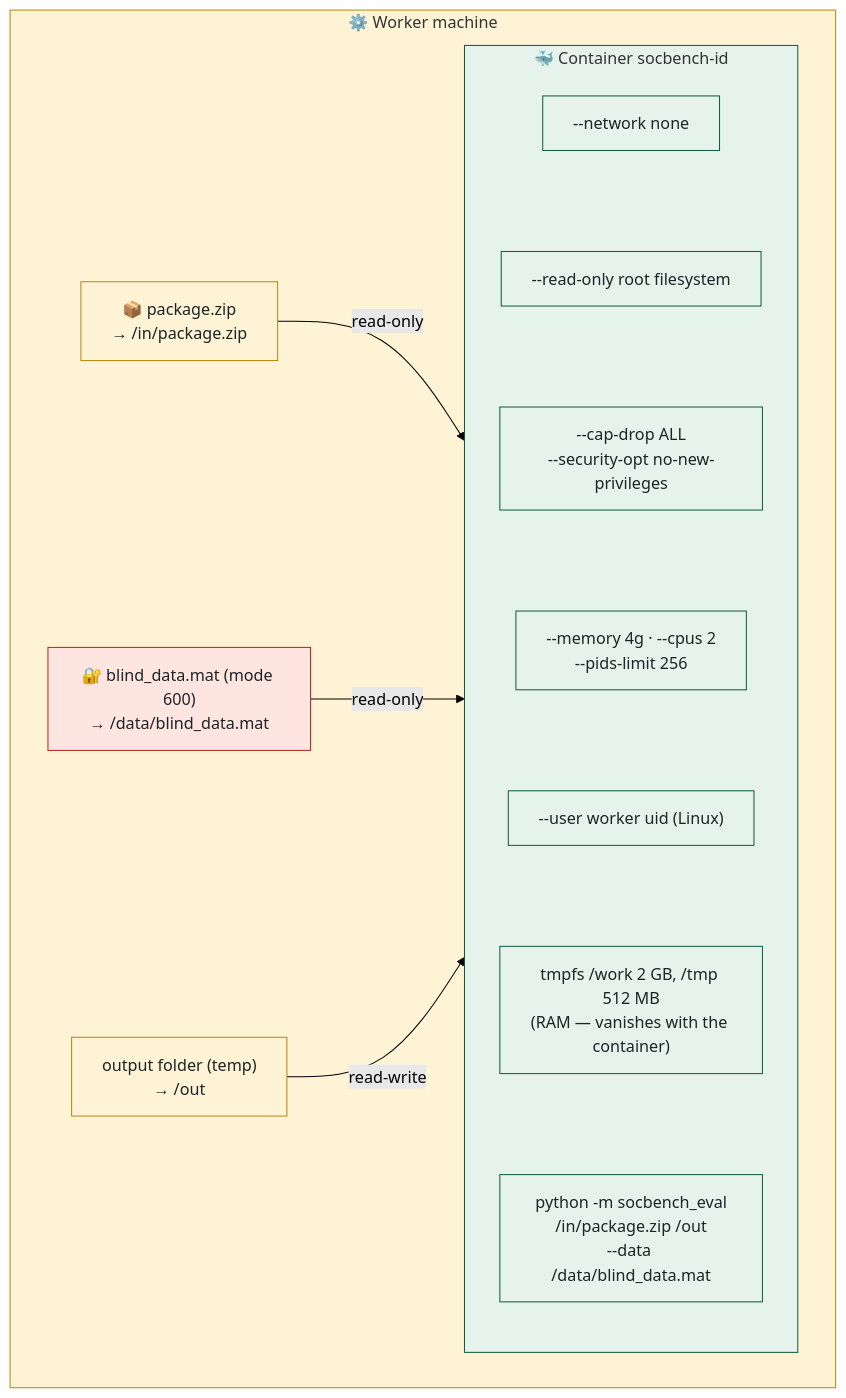
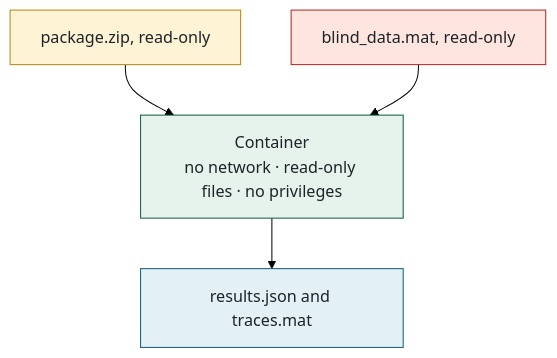
One commit to McMaster-Battery-Research-Group/battery-soc-benchmark changed the fifth of 15 diagrams in docs/walkthrough/ALL-IN-ONE.md. Above: the diagram before and after it, drawn with Mermaid (forest theme). The commit also changed other lines of this file and 53 other files, not shown here.

Commit message:
Walkthrough: rewritten shorter and plainer — 12 parts, 15 flat diagrams, glossary and reference tables at the back, no icons

````diff
--- a/docs/walkthrough/ALL-IN-ONE.md
+++ b/docs/walkthrough/ALL-IN-ONE.md
@@ -504,28 +146,14 @@
 ```mermaid
 flowchart TB
-    subgraph HOST["⚙️ Worker machine"]
-        PKG["📦 package.zip<br/>→ /in/package.zip"]
-        BD["🔐 blind_data.mat (mode 600)<br/>→ /data/blind_data.mat"]
-        OUT["output folder (temp)<br/>→ /out"]
-        subgraph C["🐳 Container socbench-id"]
-            direction TB
-            R1["--network none"] ~~~ R2["--read-only root filesystem"]
-            R2 ~~~ R3["--cap-drop ALL<br/>--security-opt no-new-privileges"]
-            R3 ~~~ R4["--memory 4g · --cpus 2<br/>--pids-limit 256"]
-            R4 ~~~ R5["--user worker uid (Linux)"]
-            R5 ~~~ R6["tmpfs /work 2 GB, /tmp 512 MB<br/>(RAM — vanishes with the container)"]
-            R6 ~~~ EV["python -m socbench_eval<br/>/in/package.zip /out<br/>--data /data/blind_data.mat"]
-        end
-    end
-    PKG -- "read-only" --> C
-    BD -- "read-only" --> C
-    OUT -- "read-write" --> C
-    style HOST fill:#FFF3D6,stroke:#B8860B
-    style C fill:#E6F2EC,stroke:#0E5B3D
+    P["package.zip, read-only"] --> C
+    H["blind_data.mat, read-only"] --> C["Container<br/>no network · read-only files · no privileges"]
+    C --> O["results.json and traces.mat"]
     classDef worker fill:#FFF3D6,stroke:#B8860B,color:#1d2428
     classDef danger fill:#FFE5DF,stroke:#B3261E,color:#1d2428
     classDef sandbox fill:#E6F2EC,stroke:#0E5B3D,color:#1d2428
-    class PKG,OUT worker
-    class BD danger
-    class R1,R2,R3,R4,R5,R6,EV sandbox
+    classDef data fill:#E3F0F5,stroke:#0D5D78,color:#1d2428
+    class P worker
+    class H danger
+    class C sandbox
+    class O data
 ```
````
